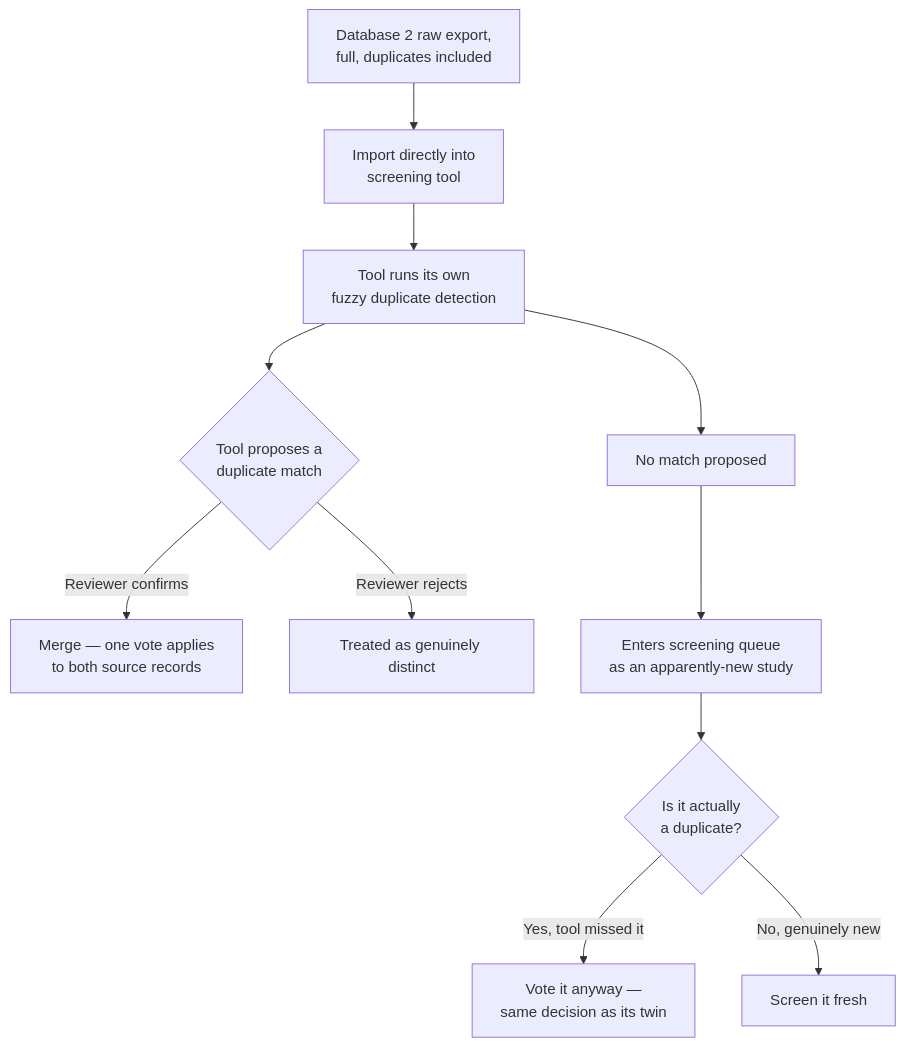
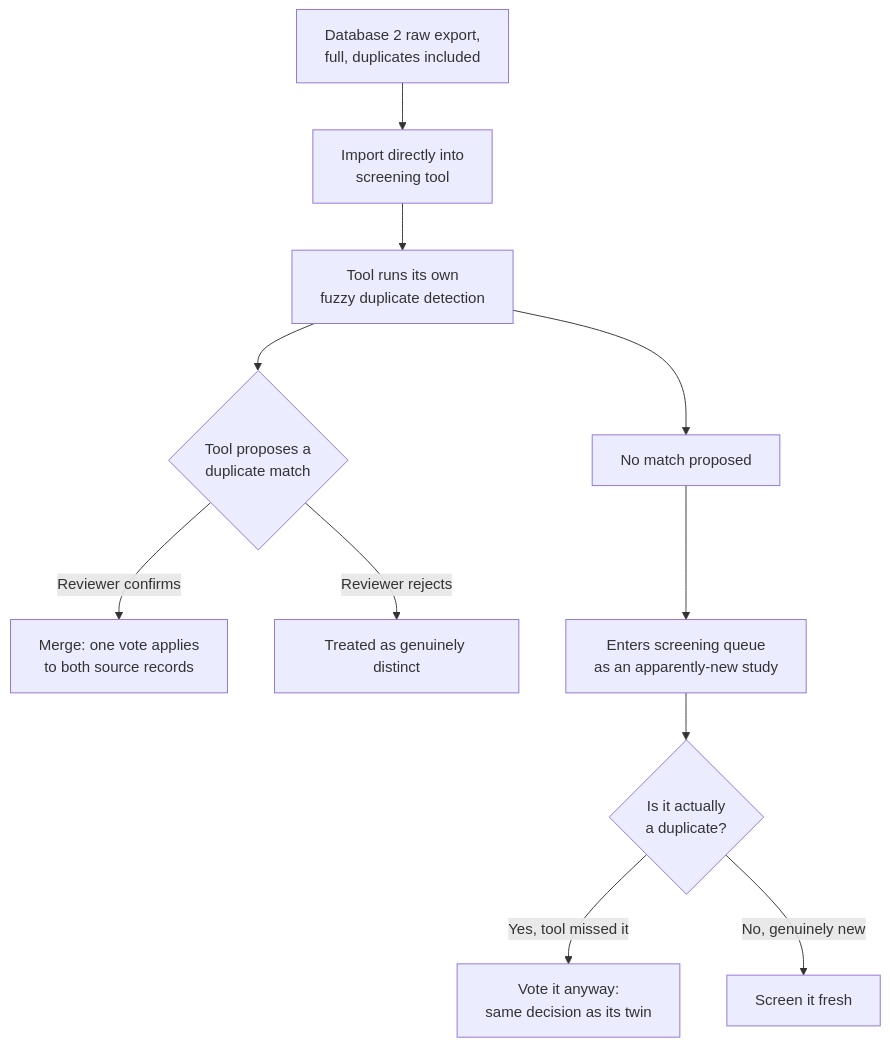
One commit to barah123/Sytematic-review-search-strategy-for-popular-databases changed the second of 3 diagrams in dedup-strategies.md. Above: the diagram before and after it, drawn with Mermaid. The commit also changed other lines of this file and 6 other files, not shown here.

````diff
--- a/dedup-strategies.md
+++ b/dedup-strategies.md
@@ -46,13 +46,13 @@
 ```mermaid
 flowchart TD
     A[Database 2 raw export,\nfull, duplicates included] --> B[Import directly into\nscreening tool]
     B --> C[Tool runs its own\nfuzzy duplicate detection]
     C --> D{Tool proposes a\nduplicate match}
-    D -->|Reviewer confirms| E[Merge — one vote applies\nto both source records]
+    D -->|Reviewer confirms| E["Merge: one vote applies\nto both source records"]
     D -->|Reviewer rejects| F[Treated as genuinely distinct]
     C --> G[No match proposed]
     G --> H[Enters screening queue\nas an apparently-new study]
     H --> I{Is it actually\na duplicate?}
-    I -->|Yes, tool missed it| J[Vote it anyway —\nsame decision as its twin]
+    I -->|Yes, tool missed it| J["Vote it anyway:\nsame decision as its twin"]
     I -->|No, genuinely new| K[Screen it fresh]
 ```
````
